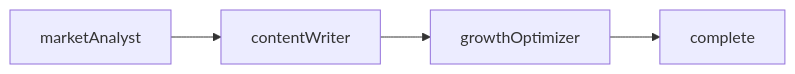
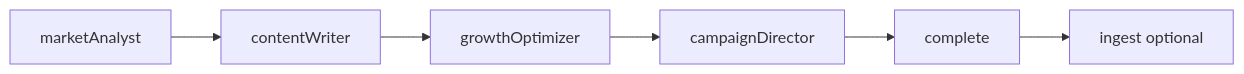
Before and after one commit to lqjack/ViralOS: the second of 2 diagrams in docs/system-interaction-design.md, drawn with Mermaid. The commit also changed other lines of this file and 7 other files, not shown here.

````diff
--- a/docs/system-interaction-design.md
+++ b/docs/system-interaction-design.md
@@ -164,6 +164,8 @@
 ```mermaid
 flowchart LR
   A[marketAnalyst] --> B[contentWriter]
   B --> C[growthOptimizer]
-  C --> D[complete]
+  C --> D[campaignDirector]
+  D --> E[complete]
+  E --> F[ingest optional]
 ```
````
